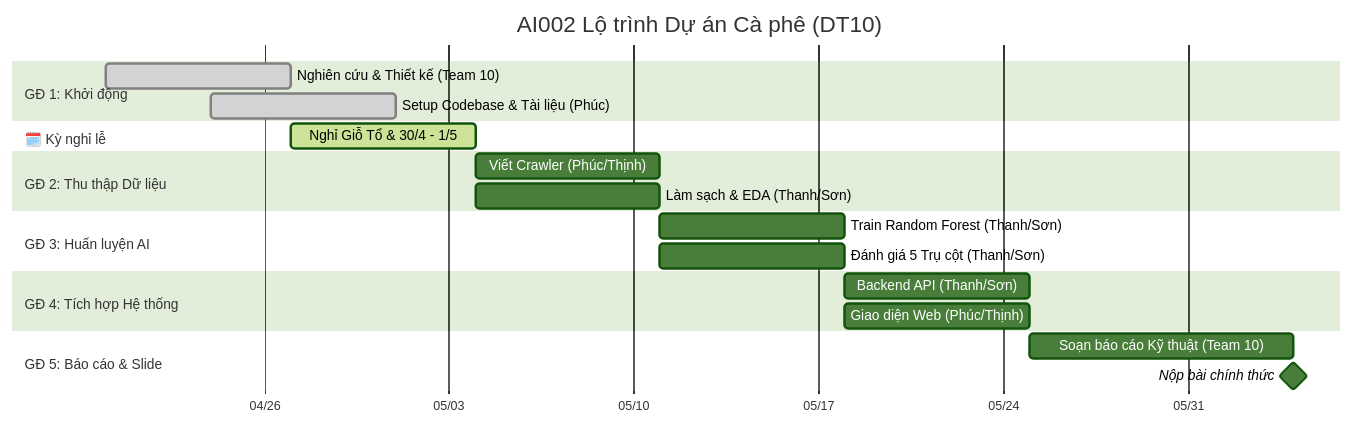
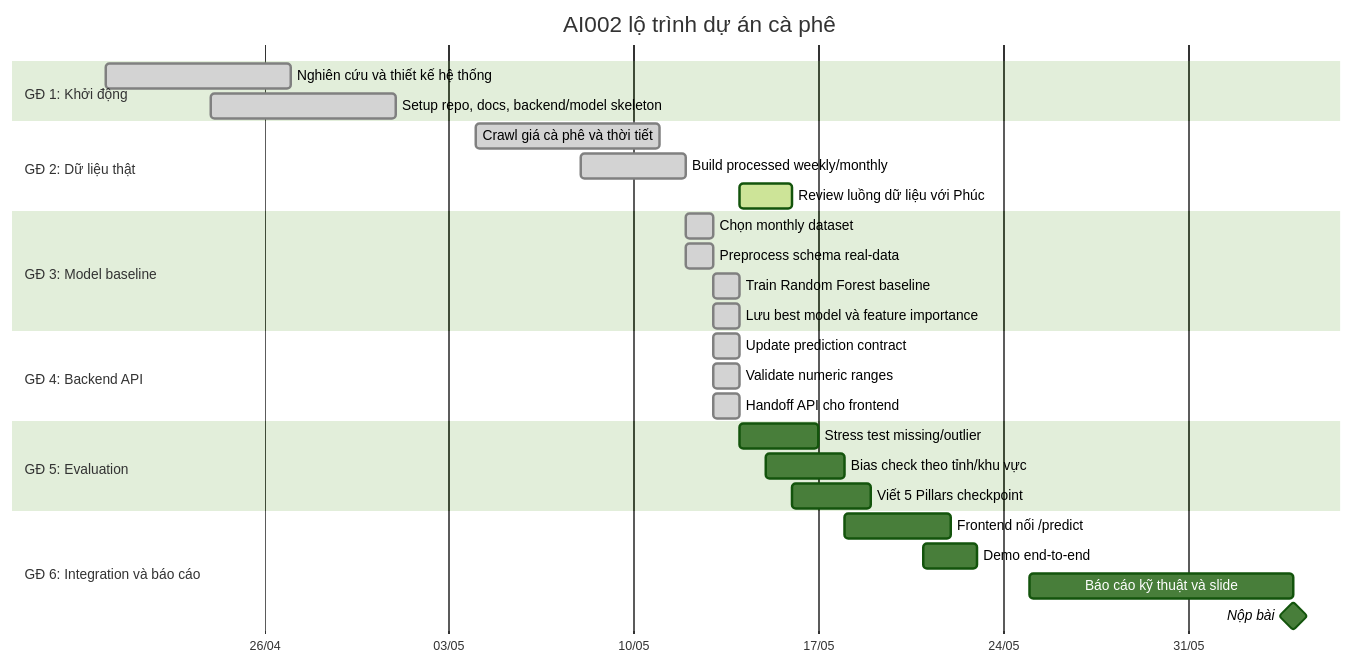
The third of 8 diagrams in docs/project-roadmap.md (uit-25730067-chithanh/AI002-Team22-DT10), drawn with Mermaid (forest theme) before and after one commit. The commit also changed other lines of this file and 4 other files, not shown here.

Commit message:
docs: add team data flow roadmap

````diff
--- a/docs/project-roadmap.md
+++ b/docs/project-roadmap.md
@@ -7,30 +60,38 @@
 ```mermaid
 gantt
-    title AI002 Lộ trình Dự án Cà phê (DT10)
+    title AI002 lộ trình dự án cà phê
     dateFormat  YYYY-MM-DD
     tickInterval 1w
-    axisFormat  %m/%d
+    axisFormat  %d/%m
 
     section GĐ 1: Khởi động
-    Nghiên cứu & Thiết kế (Team 10)    :done, des1, 2026-04-20, 7d
-    Setup Codebase & Tài liệu (Phúc)   :done, des2, 2026-04-24, 7d
+    Nghiên cứu và thiết kế hệ thống          :done, a1, 2026-04-20, 7d
+    Setup repo, docs, backend/model skeleton :done, a2, 2026-04-24, 7d
 
-    section 🗓️ Kỳ nghỉ lễ
-    Nghỉ Giỗ Tổ & 30/4 - 1/5           :active, holiday, 2026-04-27, 7d
+    section GĐ 2: Dữ liệu thật
+    Crawl giá cà phê và thời tiết            :done, b1, 2026-05-04, 7d
+    Build processed weekly/monthly           :done, b2, 2026-05-08, 4d
+    Review luồng dữ liệu với Phúc            :active, b3, 2026-05-14, 2d
 
-    section GĐ 2: Thu thập Dữ liệu
-    Viết Crawler (Phúc/Thịnh)        :des3, 2026-05-04, 7d
-    Làm sạch & EDA (Thanh/Sơn)       :des4, 2026-05-04, 7d
+    section GĐ 3: Model baseline
+    Chọn monthly dataset                     :done, c1, 2026-05-12, 1d
+    Preprocess schema real-data              :done, c2, 2026-05-12, 1d
+    Train Random Forest baseline             :done, c3, 2026-05-13, 1d
+    Lưu best model và feature importance     :done, c4, 2026-05-13, 1d
 
-    section GĐ 3: Huấn luyện AI
-    Train Random Forest (Thanh/Sơn)  :des5, 2026-05-11, 7d
-    Đánh giá 5 Trụ cột (Thanh/Sơn)   :des6, 2026-05-11, 7d
+    section GĐ 4: Backend API
+    Update prediction contract               :done, d1, 2026-05-13, 1d
+    Validate numeric ranges                  :done, d2, 2026-05-13, 1d
+    Handoff API cho frontend                 :done, d3, 2026-05-13, 1d
 
-    section GĐ 4: Tích hợp Hệ thống
-    Backend API (Thanh/Sơn)          :des7, 2026-05-18, 7d
-    Giao diện Web (Phúc/Thịnh)       :des8, 2026-05-18, 7d
+    section GĐ 5: Evaluation
+    Stress test missing/outlier              :e1, 2026-05-14, 3d
+    Bias check theo tỉnh/khu vực             :e2, 2026-05-15, 3d
+    Viết 5 Pillars checkpoint                :e3, 2026-05-16, 3d
 
-    section GĐ 5: Báo cáo & Slide
-    Soạn báo cáo Kỹ thuật (Team 10)  :des9, 2026-05-25, 10d
-    Nộp bài chính thức               :milestone, des10, 2026-06-04, 0d
+    section GĐ 6: Integration và báo cáo
+    Frontend nối /predict                    :f1, 2026-05-18, 4d
+    Demo end-to-end                          :f2, 2026-05-21, 2d
+    Báo cáo kỹ thuật và slide                :f3, 2026-05-25, 10d
+    Nộp bài                                  :milestone, f4, 2026-06-04, 0d
 ```
````
